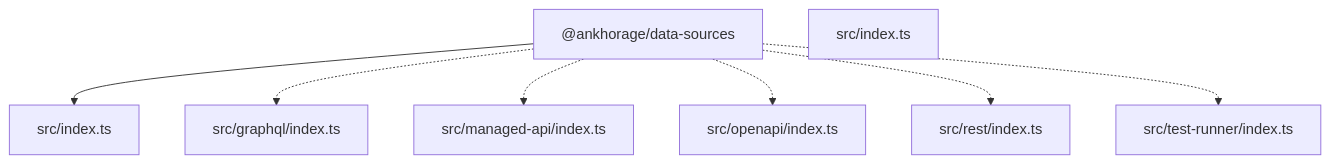
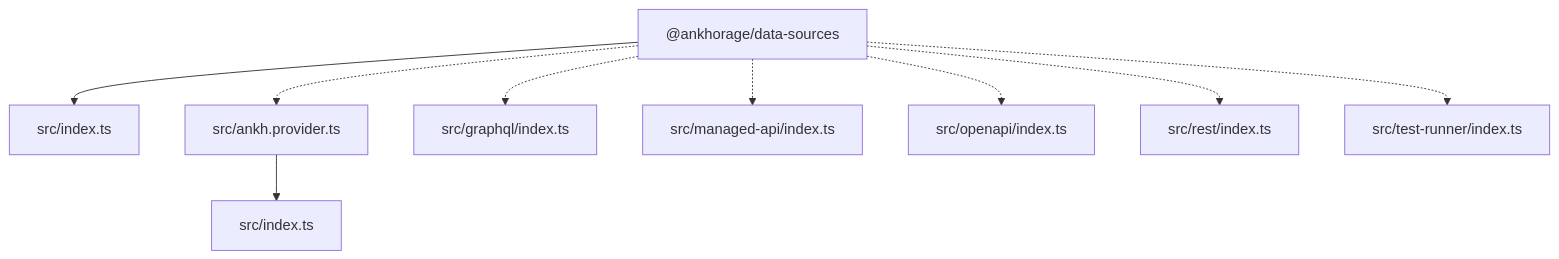
One commit to ankhorage/data-sources changed the diagram in README.md. Above: the diagram before and after it, drawn with Mermaid. The commit also changed other lines of this file and 8 other files, not shown here.

````diff
--- a/README.md
+++ b/README.md
@@ -32,17 +32,20 @@
 ```mermaid
 graph TD
   package__ankhorage_data_sources["@ankhorage/data-sources"]
   entrypoint_src_index_ts["src/index.ts"]
   package__ankhorage_data_sources --> entrypoint_src_index_ts
+  module_src_ankh_provider_ts["src/ankh.provider.ts"]
+  package__ankhorage_data_sources -.-> module_src_ankh_provider_ts
+  module_src_ankh_provider_ts --> module_src_index_ts
   module_src_graphql_index_ts["src/graphql/index.ts"]
   package__ankhorage_data_sources -.-> module_src_graphql_index_ts
   module_src_index_ts["src/index.ts"]
   module_src_managed_api_index_ts["src/managed-api/index.ts"]
   package__ankhorage_data_sources -.-> module_src_managed_api_index_ts
   module_src_openapi_index_ts["src/openapi/index.ts"]
   package__ankhorage_data_sources -.-> module_src_openapi_index_ts
   module_src_rest_index_ts["src/rest/index.ts"]
   package__ankhorage_data_sources -.-> module_src_rest_index_ts
   module_src_test_runner_index_ts["src/test-runner/index.ts"]
   package__ankhorage_data_sources -.-> module_src_test_runner_index_ts
 ```
````
